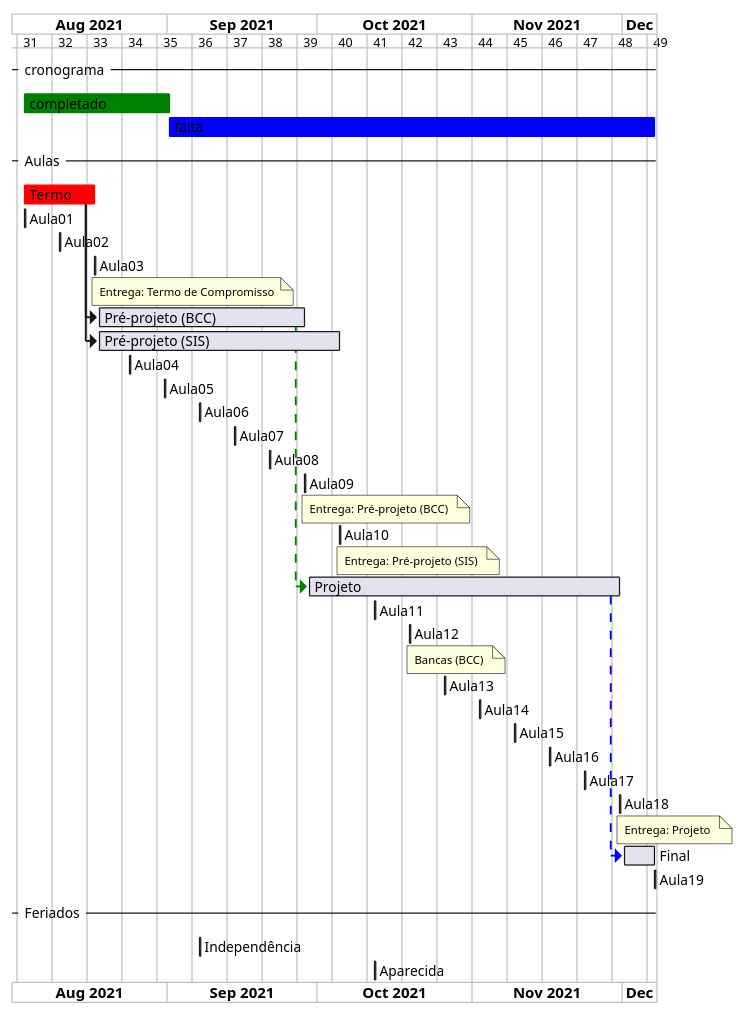
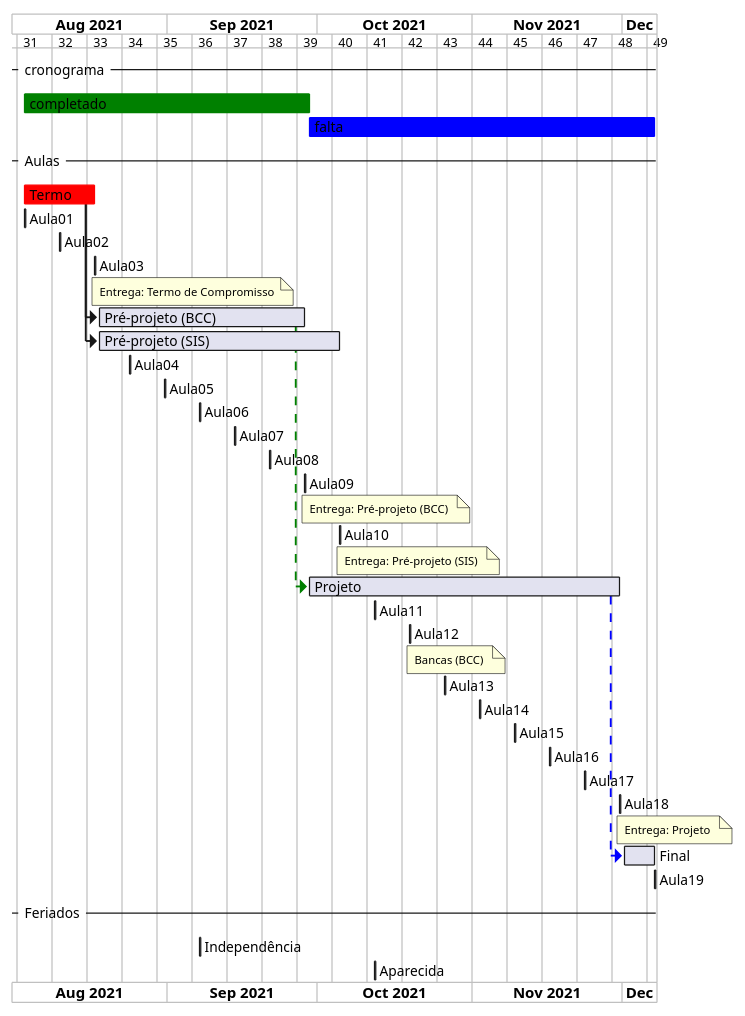
Before and after one commit to dalton-reis/disciplina_TCC1_Privado: the diagram in cronograma.wsd, drawn with PlantUML. The commit also changed 1 other file, not shown here.

```diff
--- a/cronograma.wsd
+++ b/cronograma.wsd
@@ -1,64 +1,64 @@
 @startgantt
 
 ganttscale weekly
 
 Project starts 2021-08-01
 
 -- cronograma -- 
 [completado] is colored in green
-[completado] starts 2021-08-03 and ends 2021-09-01
-[falta] starts 2021-09-01 and ends 2021-12-07
+[completado] starts 2021-08-03 and ends 2021-09-29
+[falta] starts 2021-09-29 and ends 2021-12-07
 [falta] is colored in blue
 
 -- Aulas -- 
 [Termo] is colored in Red
 [Termo]  starts 2021-08-03 and ends 2021-08-17
 [Aula01] starts 2021-08-03 and ends 2021-08-03
 [Aula02] starts 2021-08-10 and ends 2021-08-10
 [Aula03] starts 2021-08-17 and ends 2021-08-17
 note bottom
 Entrega: Termo de Compromisso
 end note
 [Pré-projeto (BCC)] starts at [Termo]'s end
 [Pré-projeto (BCC)] ends 2021-09-28
 [Pré-projeto (SIS)] starts at [Termo]'s end
 [Pré-projeto (SIS)] ends 2021-10-05
 [Aula04] starts 2021-08-24 and ends 2021-08-24
 [Aula05] starts 2021-08-31 and ends 2021-08-31
 [Aula06] starts 2021-09-07 and ends 2021-09-07
 [Aula07] starts 2021-09-14 and ends 2021-09-14
 [Aula08] starts 2021-09-21 and ends 2021-09-21
 [Aula09] starts 2021-09-28 and ends 2021-09-28
 note bottom
 Entrega: Pré-projeto (BCC) 
 end note
 [Aula10] starts 2021-10-05 and ends 2021-10-05
 note bottom
 Entrega: Pré-projeto (SIS) 
 end note
 [Projeto] starts at [Pré-projeto (BCC)]'s end with green dashed link
 [Projeto] ends 2021-11-30
 [Aula11] starts 2021-10-12 and ends 2021-10-12
 [Aula12] starts 2021-10-19 and ends 2021-10-19
 note bottom
 Bancas (BCC) 
 end note
 [Aula13] starts 2021-10-26 and ends 2021-10-26
 [Aula14] starts 2021-11-02 and ends 2021-11-02
 [Aula15] starts 2021-11-09 and ends 2021-11-09
 [Aula16] starts 2021-11-16 and ends 2021-11-16
 [Aula17] starts 2021-11-23 and ends 2021-11-23
 [Aula18] starts 2021-11-30 and ends 2021-11-30
 note bottom
 Entrega: Projeto 
 end note
 [Final] starts at [Projeto]'s end with blue dashed link
 [Final] ends 2021-12-07
 [Aula19] starts 2021-12-07 and ends 2021-12-07
 
 -- Feriados --
 [Independência] starts 2021-09-07 and ends 2021-09-07
 [Aparecida] starts 2021-10-12 and ends 2021-10-12
 
 
 @endgantt
```
